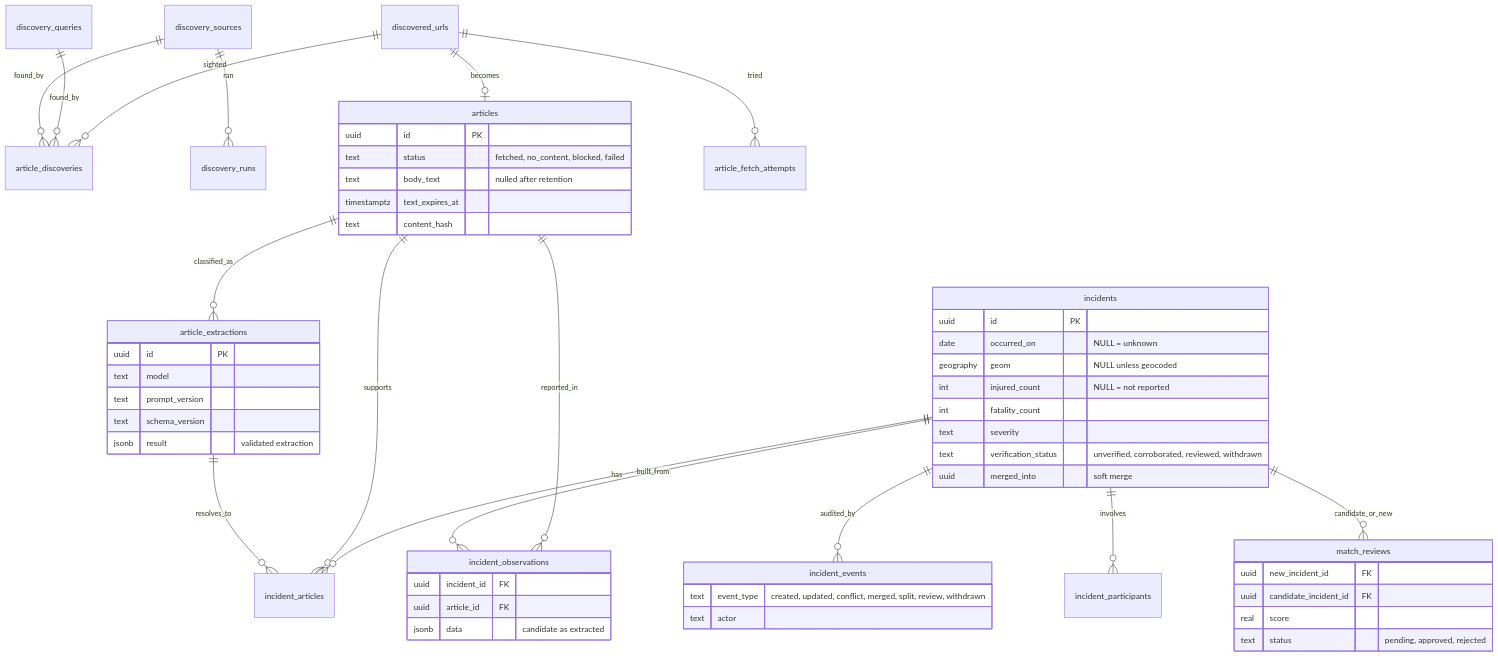
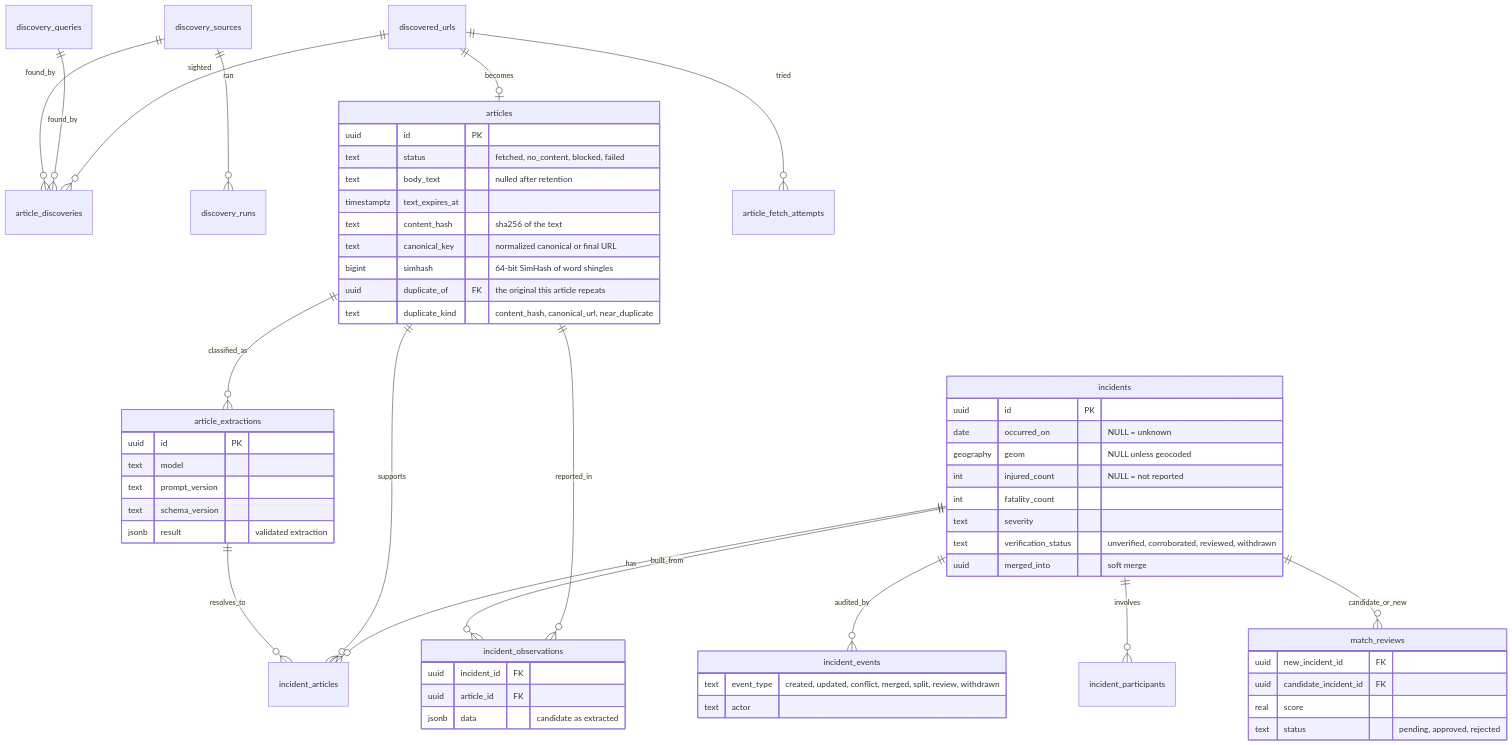
Before and after one commit to joshdurbin/vulnerable_user_incident_tracking: diagram 12 of 15 in docs/design.md, drawn with Mermaid. The commit also changed other lines of this file and 30 other files, not shown here.

````diff
--- a/docs/design.md
+++ b/docs/design.md
@@ -337,58 +362,62 @@
 ```mermaid
 erDiagram
   discovery_sources ||--o{ article_discoveries : found_by
   discovery_queries ||--o{ article_discoveries : found_by
   discovery_sources ||--o{ discovery_runs : ran
   discovered_urls ||--o{ article_discoveries : sighted
   discovered_urls ||--o| articles : becomes
   discovered_urls ||--o{ article_fetch_attempts : tried
   articles ||--o{ article_extractions : classified_as
   article_extractions ||--o{ incident_articles : resolves_to
   articles ||--o{ incident_articles : supports
   incidents ||--o{ incident_articles : has
   incidents ||--o{ incident_observations : built_from
   articles ||--o{ incident_observations : reported_in
   incidents ||--o{ incident_events : audited_by
   incidents ||--o{ incident_participants : involves
   incidents ||--o{ match_reviews : candidate_or_new
 
   articles {
     uuid id PK
     text status "fetched, no_content, blocked, failed"
     text body_text "nulled after retention"
     timestamptz text_expires_at
-    text content_hash
+    text content_hash "sha256 of the text"
+    text canonical_key "normalized canonical or final URL"
+    bigint simhash "64-bit SimHash of word shingles"
+    uuid duplicate_of FK "the original this article repeats"
+    text duplicate_kind "content_hash, canonical_url, near_duplicate"
   }
   article_extractions {
     uuid id PK
     text model
     text prompt_version
     text schema_version
     jsonb result "validated extraction"
   }
   incidents {
     uuid id PK
     date occurred_on "NULL = unknown"
     geography geom "NULL unless geocoded"
     int injured_count "NULL = not reported"
     int fatality_count
     text severity
     text verification_status "unverified, corroborated, reviewed, withdrawn"
     uuid merged_into "soft merge"
   }
   incident_observations {
     uuid incident_id FK
     uuid article_id FK
     jsonb data "candidate as extracted"
   }
   incident_events {
     text event_type "created, updated, conflict, merged, split, review, withdrawn"
     text actor
   }
   match_reviews {
     uuid new_incident_id FK
     uuid candidate_incident_id FK
     real score
     text status "pending, approved, rejected"
   }
 ```
````
